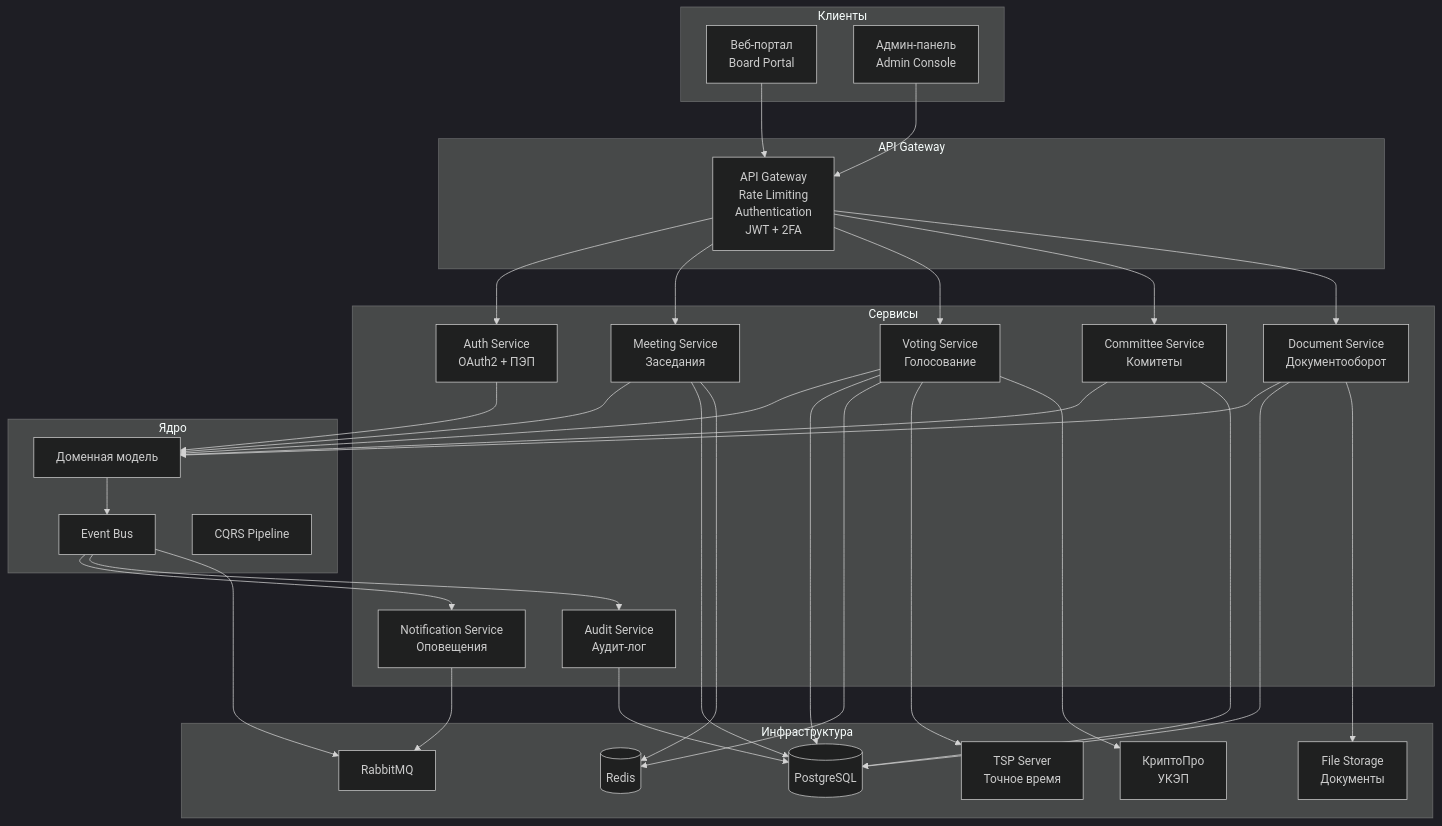
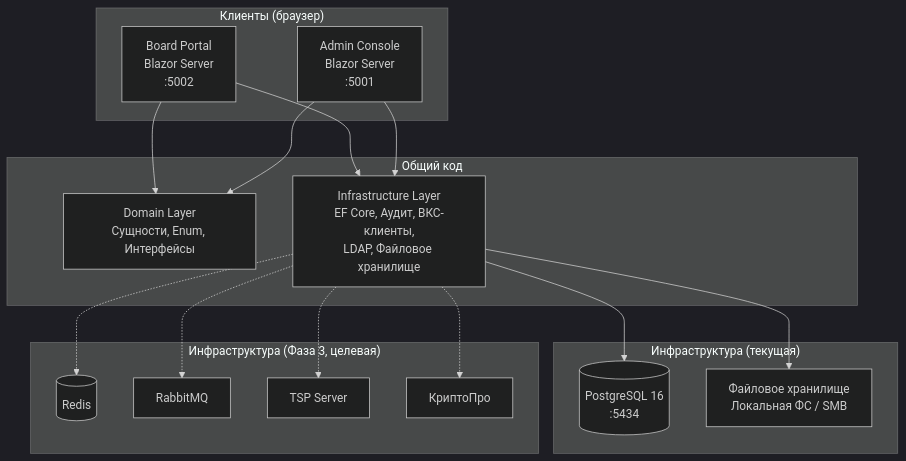
One commit to arsenyuk/SamorodinkaTech.Fiducia changed the first of 7 diagrams in docs/architecture.md. Above: the diagram before and after it, drawn with Mermaid (dark theme). The commit also changed other lines of this file and 6 other files, not shown here.

First line of the commit message:
docs: актуализировать документацию под фактическую архитектуру (Blazor Server, .NET 9, Database-First)

````diff
--- a/docs/architecture.md
+++ b/docs/architecture.md
@@ -28,71 +26,37 @@
 ```mermaid
 graph TB
-    subgraph "Клиенты"
-        WEB[Веб-портал<br/>Board Portal]
-        ADMIN[Админ-панель<br/>Admin Console]
+    subgraph "Клиенты (браузер)"
+        WEB[Board Portal<br/>Blazor Server<br/>:5002]
+        ADMIN[Admin Console<br/>Blazor Server<br/>:5001]
     end
 
-    subgraph "API Gateway"
-        GW[API Gateway<br/>Rate Limiting<br/>Authentication<br/>JWT + 2FA]
+    subgraph "Общий код"
+        DOMAIN[Domain Layer<br/>Сущности, Enum, Интерфейсы]
+        INFRA[Infrastructure Layer<br/>EF Core, Аудит, ВКС-клиенты,<br/>LDAP, Файловое хранилище]
     end
 
-    subgraph "Сервисы"
-        AUTH[Auth Service<br/>OAuth2 + ПЭП]
-        MEETING[Meeting Service<br/>Заседания]
-        VOTING[Voting Service<br/>Голосование]
-        COMMITTEE[Committee Service<br/>Комитеты]
-        DOC[Document Service<br/>Документооборот]
-        NOTIFY[Notification Service<br/>Оповещения]
-        AUDIT[Audit Service<br/>Аудит-лог]
+    subgraph "Инфраструктура (текущая)"
+        DB[(PostgreSQL 16<br/>:5434)]
+        FS[Файловое хранилище<br/>Локальная ФС / SMB]
     end
 
-    subgraph "Ядро"
-        DOMAIN[Доменная модель]
-        EVENTS[Event Bus]
-        CQRS[CQRS Pipeline]
+    subgraph "Инфраструктура (Фаза 3, целевая)"
+        CACHE[(Redis)]
+        MQ[RabbitMQ]
+        TSP[TSP Server]
+        CRYPTO[КриптоПро]
     end
 
-    subgraph "Инфраструктура"
-        DB[(PostgreSQL)]
-        CACHE[(Redis)]
-        MQ[RabbitMQ]
-        STORAGE[File Storage<br/>Документы]
-        TSP[TSP Server<br/>Точное время]
-        CRYPTO[КриптоПро<br/>УКЭП]
-    end
+    WEB --> DOMAIN
+    WEB --> INFRA
+    ADMIN --> DOMAIN
+    ADMIN --> INFRA
 
-    WEB --> GW
-    ADMIN --> GW
+    INFRA --> DB
+    INFRA --> FS
 
-    GW --> AUTH
-    GW --> MEETING
-    GW --> VOTING
-    GW --> COMMITTEE
-    GW --> DOC
-
-    AUTH --> DOMAIN
-    MEETING --> DOMAIN
-    VOTING --> DOMAIN
-    COMMITTEE --> DOMAIN
-    DOC --> DOMAIN
-
-    DOMAIN --> EVENTS
-    EVENTS --> NOTIFY
-    EVENTS --> AUDIT
-
-    MEETING --> DB
-    VOTING --> DB
-    COMMITTEE --> DB
-    DOC --> DB
-    AUDIT --> DB
-
-    VOTING --> CACHE
-    MEETING --> CACHE
-
-    EVENTS --> MQ
-    NOTIFY --> MQ
-
-    DOC --> STORAGE
-    VOTING --> TSP
-    VOTING --> CRYPTO
+    INFRA -.-> CACHE
+    INFRA -.-> MQ
+    INFRA -.-> TSP
+    INFRA -.-> CRYPTO
 ```
````
